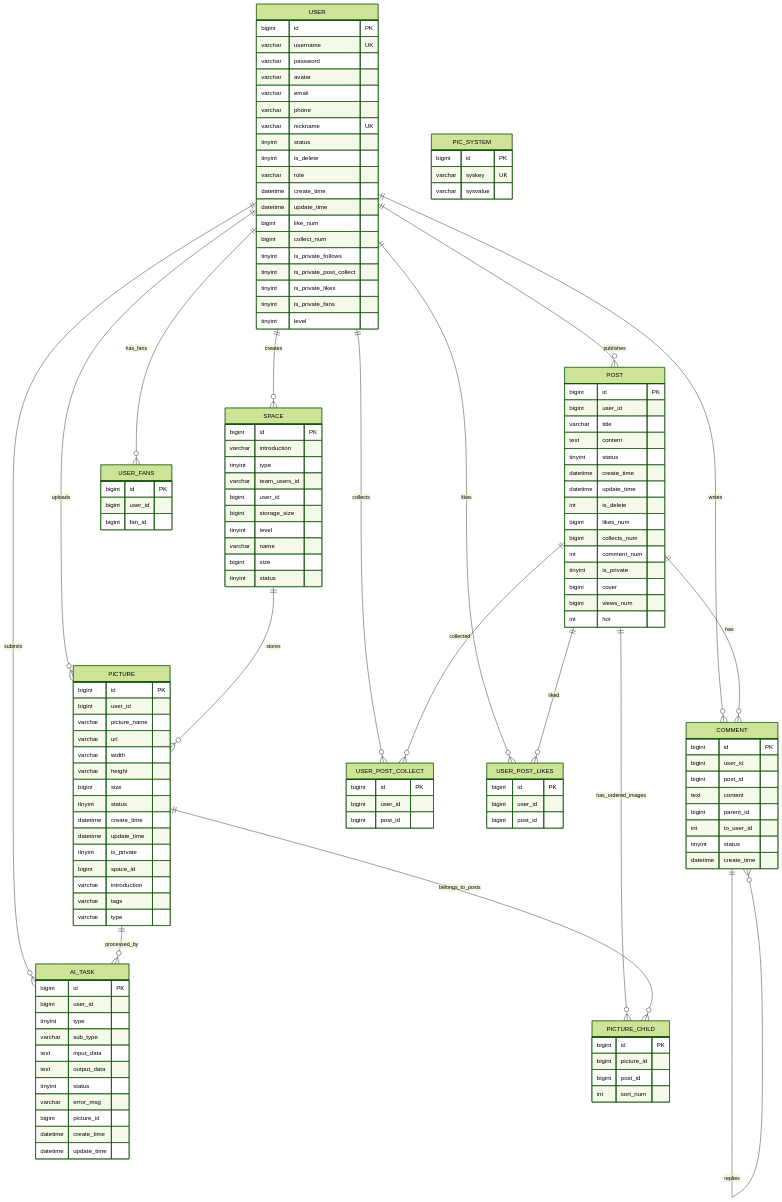
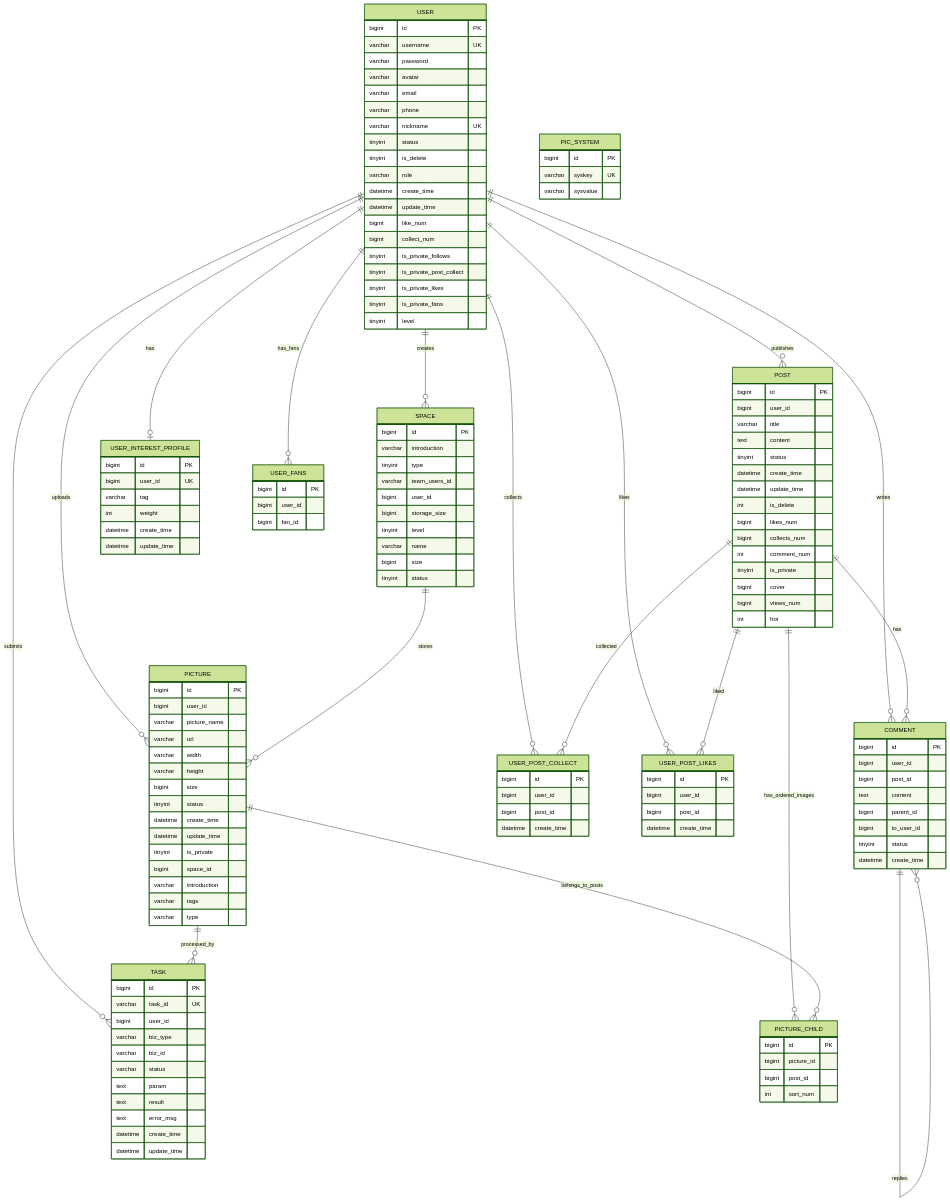
One commit to FishDuM/AI.Image.Material.Collaboration.Platform changed the third of 8 diagrams in model/uml_diagrams.md. Above: the diagram before and after it, drawn with Mermaid (forest theme). The commit also changed other lines of this file and 2 other files, not shown here.

```diff
--- a/model/uml_diagrams.md
+++ b/model/uml_diagrams.md
@@ -232,7 +252,8 @@
     USER ||--o{ PICTURE : uploads
     USER ||--o{ POST : publishes
     USER ||--o{ COMMENT : writes
-    USER ||--o{ AI_TASK : submits
+    USER ||--o{ TASK : submits
+    USER ||--o| USER_INTEREST_PROFILE : has
     USER ||--o{ USER_FANS : has_fans
     USER ||--o{ USER_POST_COLLECT : collects
     USER ||--o{ USER_POST_LIKES : likes
@@ -244,7 +265,7 @@
     COMMENT ||--o{ COMMENT : replies
     POST ||--o{ USER_POST_COLLECT : collected
     POST ||--o{ USER_POST_LIKES : liked
-    PICTURE ||--o{ AI_TASK : processed_by
+    PICTURE ||--o{ TASK : processed_by
 
     USER {
         bigint id PK
@@ -330,7 +351,7 @@
         bigint post_id
         text content
         bigint parent_id
-        int to_user_id
+        bigint to_user_id
         tinyint status
         datetime create_time
     }
@@ -345,12 +366,23 @@
         bigint id PK
         bigint user_id
         bigint post_id
+        datetime create_time
     }
 
     USER_POST_LIKES {
         bigint id PK
         bigint user_id
         bigint post_id
+        datetime create_time
+    }
+
+    USER_INTEREST_PROFILE {
+        bigint id PK
+        bigint user_id UK
+        varchar tag
+        int weight
+        datetime create_time
+        datetime update_time
     }
 
     PIC_SYSTEM {
@@ -359,16 +391,16 @@
         varchar sysvalue
     }
 
-    AI_TASK {
+    TASK {
         bigint id PK
+        varchar task_id UK
         bigint user_id
-        tinyint type
-        varchar sub_type
-        text input_data
-        text output_data
-        tinyint status
-        varchar error_msg
-        bigint picture_id
+        varchar biz_type
+        varchar biz_id
+        varchar status
+        text param
+        text result
+        text error_msg
         datetime create_time
         datetime update_time
     }
```
